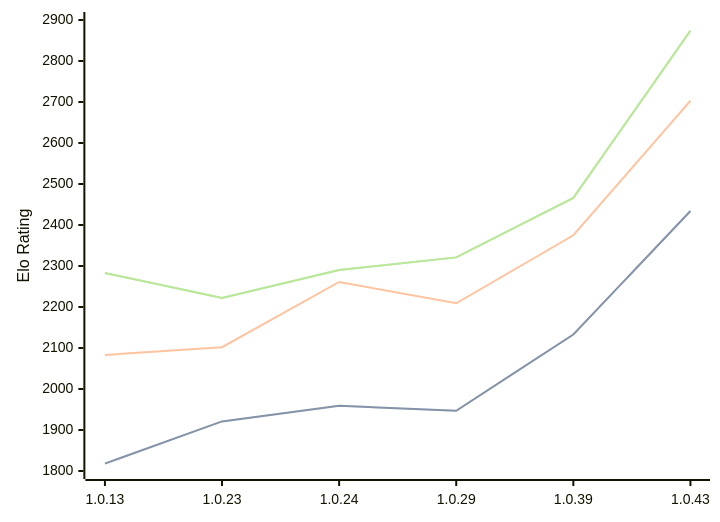
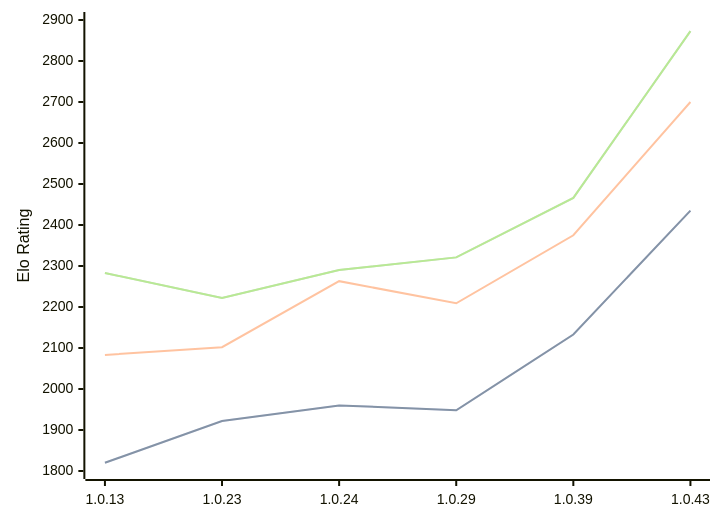
The diagram in engines/RustyRival.md (computer-chess-index/cci), drawn with Mermaid before and after one commit. The commit also changed other lines of this file, not shown here.

Commit message:
Update CCI Ratings (ELO VLTC) - 2026-05-17

````diff
--- a/engines/RustyRival.md
+++ b/engines/RustyRival.md
@@ -68,11 +68,11 @@
 ```mermaid
 %%{init: {"theme":"base","themeVariables":{"seriesColors:['#a3a3a3','#222221','#faa371']}}}%%
 xychart-beta
   x-axis ["1.0.13", "1.0.23", "1.0.24", "1.0.29", "1.0.39", "1.0.43"]
   y-axis "Elo Rating" 1800 --> 2900
-  line "STC (8.0+0.08s)" [1818, 1921, 1959, 1947, 2133, 2434]
-  line "STC (8.0+0.08s)" [1818, 1921, 1959, 1947, 2133, 2434]
-  line "LTC (60.0+0.60s)" [2083, 2102, 2261, 2209, 2375, 2703]
-  line "VLTC (2m24s+1.12s)" [2283, 2222, 2290, 2321, 2466, 2874]
-  line "VLTC (2m24s+1.12s)" [2283, 2222, 2290, 2321, 2466, 2874]
+  line "STC (8.0+0.08s)" [1820, 1922, 1960, 1948, 2133, 2435]
+  line "STC (8.0+0.08s)" [1820, 1922, 1960, 1948, 2133, 2435]
+  line "LTC (60.0+0.60s)" [2083, 2102, 2263, 2209, 2375, 2700]
+  line "VLTC (2m24s+1.12s)" [2283, 2222, 2290, 2321, 2466, 2873]
+  line "VLTC (2m24s+1.12s)" [2283, 2222, 2290, 2321, 2466, 2873]
 ```
````
